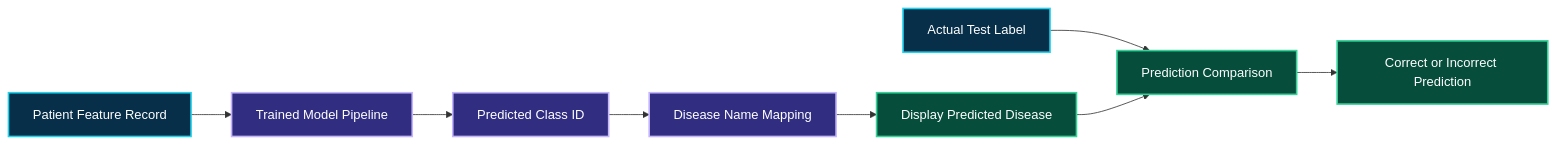
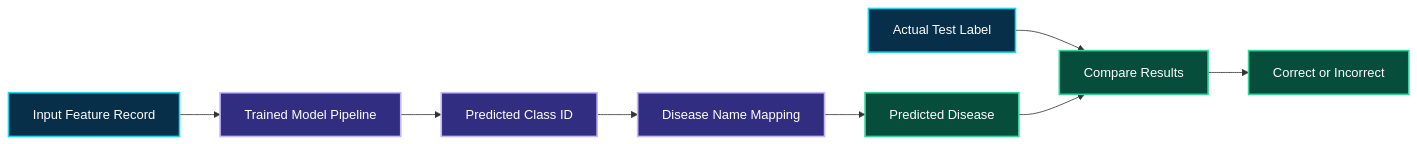
One commit to govardhan-goud123/Detecting_the_type_of_skin_disorder changed the fourth of 4 diagrams in README.md. Above: the diagram before and after it, drawn with Mermaid. The commit also changed other lines of this file, not shown here.

````diff
--- a/README.md
+++ b/README.md
@@ -789,24 +613,23 @@
 ```mermaid
 flowchart LR
 
-    A["Patient Feature Record"] --> B["Trained Model Pipeline"]
+    A["Input Feature Record"] --> B["Trained Model Pipeline"]
 
     B --> C["Predicted Class ID"]
     C --> D["Disease Name Mapping"]
 
-    D --> E["Display Predicted Disease"]
+    D --> E["Predicted Disease"]
 
-    F["Actual Test Label"] --> G["Prediction Comparison"]
-
+    F["Actual Test Label"] --> G["Compare Results"]
     E --> G
 
-    G --> H["Correct or Incorrect Prediction"]
+    G --> H["Correct or Incorrect"]
 
     classDef input fill:#082f49,stroke:#22d3ee,color:#ffffff,stroke-width:2px;
-    classDef prediction fill:#312e81,stroke:#c4b5fd,color:#ffffff,stroke-width:2px;
+    classDef model fill:#312e81,stroke:#c4b5fd,color:#ffffff,stroke-width:2px;
     classDef output fill:#064e3b,stroke:#34d399,color:#ffffff,stroke-width:2px;
 
     class A,F input;
-    class B,C,D prediction;
+    class B,C,D model;
     class E,G,H output;
 ```
````
